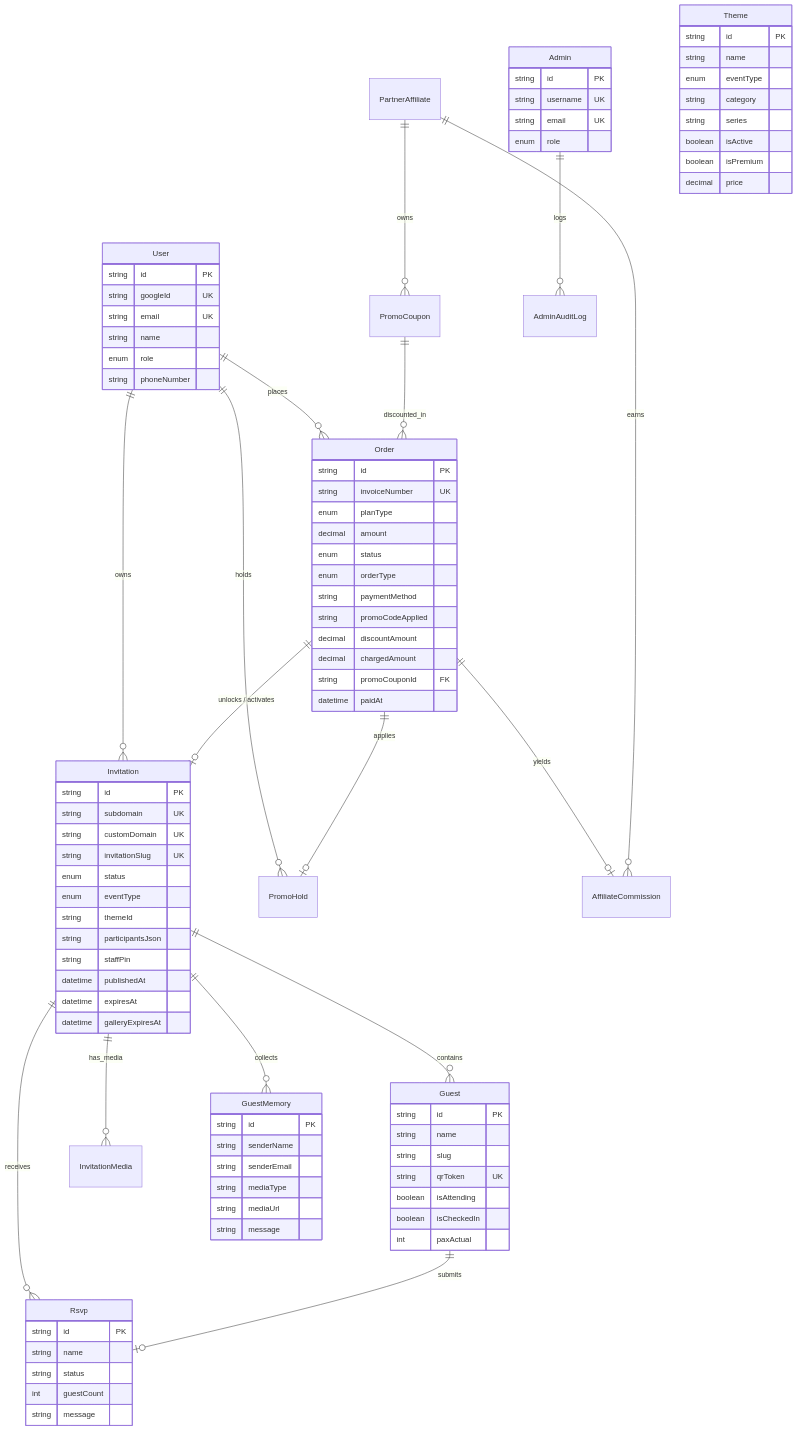
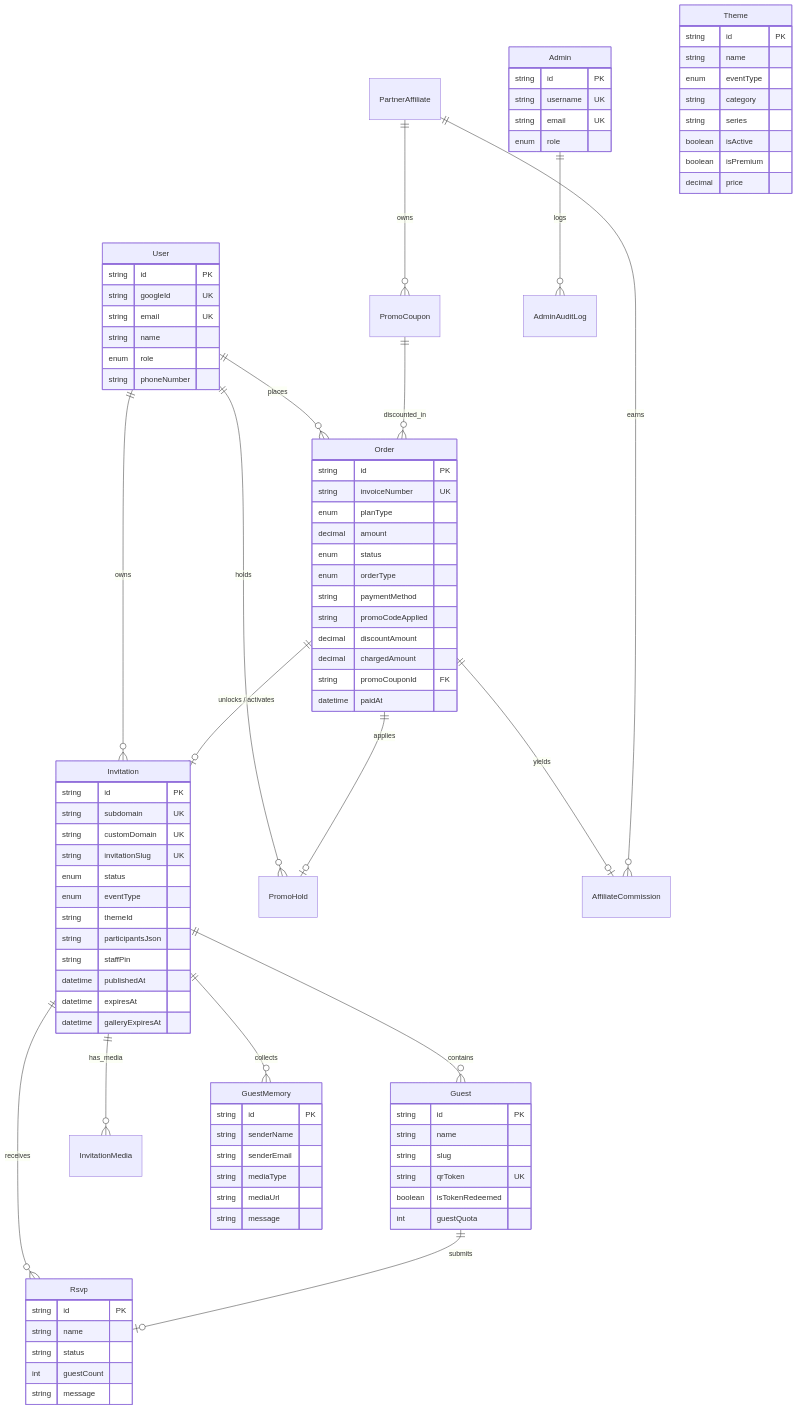
Before and after one commit to armansyam/luxenary-invite: the first of 3 diagrams in docs/DATABASE_SCHEMA_DAN_RELASI.md, drawn with Mermaid. The commit also changed other lines of this file and 11 other files, not shown here.

```diff
--- a/docs/DATABASE_SCHEMA_DAN_RELASI.md
+++ b/docs/DATABASE_SCHEMA_DAN_RELASI.md
@@ -80,9 +80,8 @@
         string name
         string slug
         string qrToken UK
-        boolean isAttending
-        boolean isCheckedIn
-        int paxActual
+        boolean isTokenRedeemed
+        int guestQuota
     }
 
     Rsvp {
```
